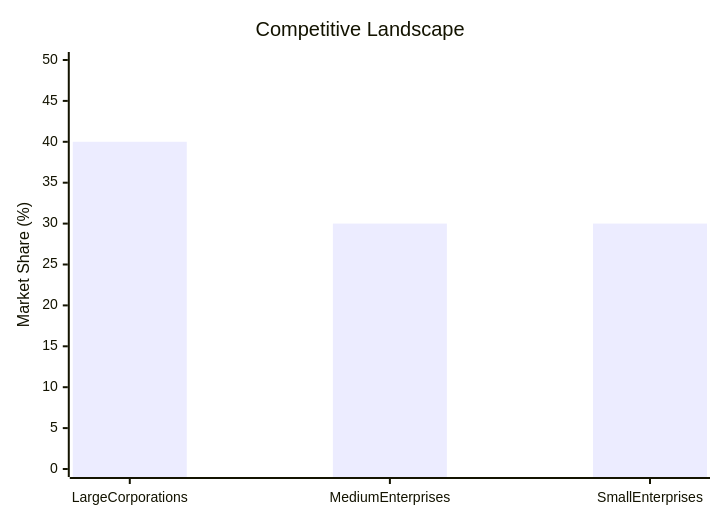
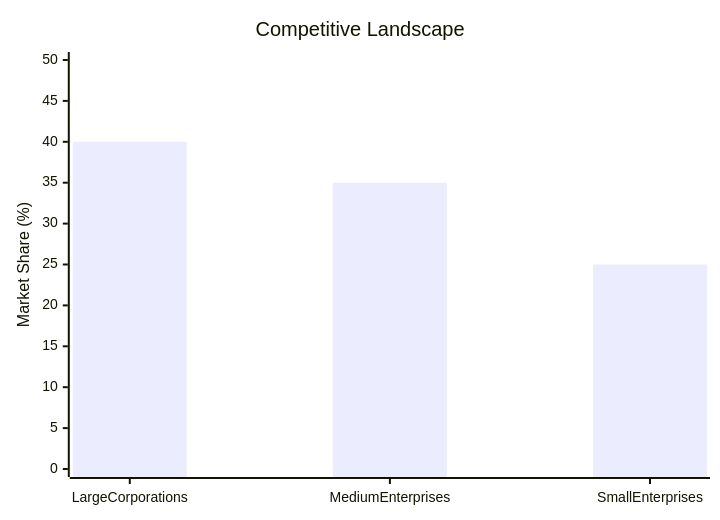
The sixth of 15 diagrams in docs/0001_3PlyMask/Deep-Research.md (arindampradhan/pmegpeportal-programme), drawn with Mermaid before and after one commit. The commit also changed other lines of this file and 2 other files, not shown here.

````diff
--- a/docs/0001_3PlyMask/Deep-Research.md
+++ b/docs/0001_3PlyMask/Deep-Research.md
@@ -230,7 +241,7 @@
 ```mermaid
 xychart-beta
     title "Competitive Landscape"
     x-axis [Large Corporations, Medium Enterprises, Small Enterprises]
     y-axis "Market Share (%)" 0 --> 50
-    bar [40, 30, 30]
+    bar [40, 35, 25]
 ```
````
